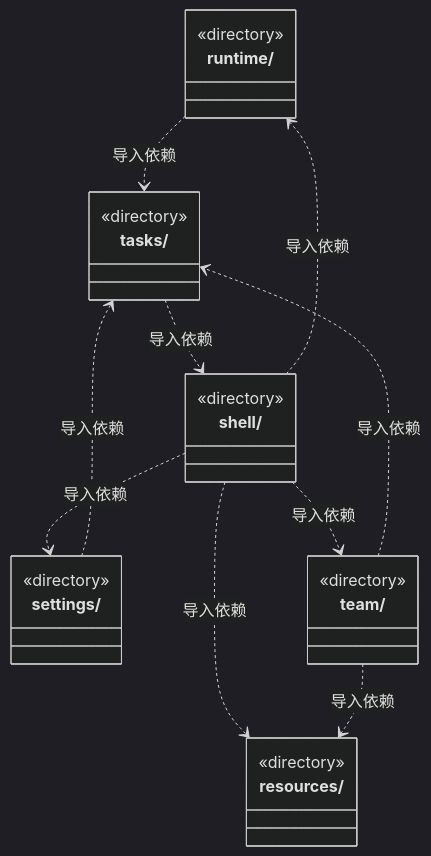
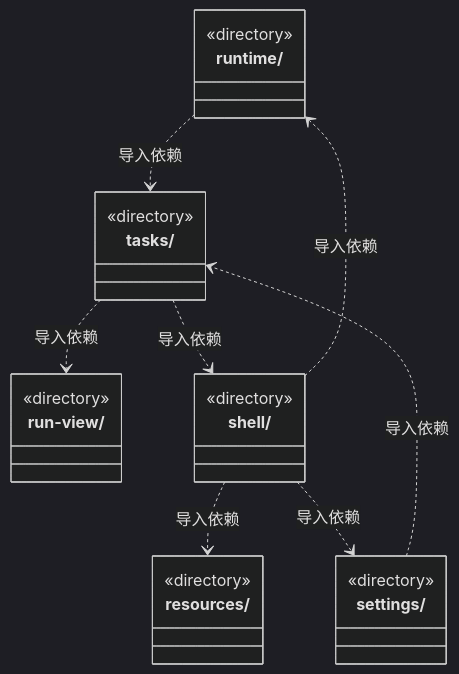
Before and after one commit to nan023062/cbim: the second of 3 diagrams in src/frontend/ARCHITECTURE.md, drawn with Mermaid (dark theme). The commit also changed other lines of this file and 356 other files, not shown here.

First line of the commit message:
chore: preserve architecture remediation before desktop 0.1.7 alignment

````diff
--- a/src/frontend/ARCHITECTURE.md
+++ b/src/frontend/ARCHITECTURE.md
@@ -41,30 +41,28 @@
 ```mermaid
 classDiagram
 class N_src_frontend_resources["resources/"] {
+  <<directory>>
+}
+class N_src_frontend_run_view["run-view/"] {
   <<directory>>
 }
 class N_src_frontend_runtime["runtime/"] {
   <<directory>>
 }
 class N_src_frontend_settings["settings/"] {
   <<directory>>
 }
 class N_src_frontend_shell["shell/"] {
   <<directory>>
 }
 class N_src_frontend_tasks["tasks/"] {
   <<directory>>
 }
-class N_src_frontend_team["team/"] {
-  <<directory>>
-}
 N_src_frontend_runtime ..> N_src_frontend_tasks : 导入依赖
 N_src_frontend_settings ..> N_src_frontend_tasks : 导入依赖
 N_src_frontend_shell ..> N_src_frontend_resources : 导入依赖
 N_src_frontend_shell ..> N_src_frontend_settings : 导入依赖
 N_src_frontend_shell ..> N_src_frontend_runtime : 导入依赖
-N_src_frontend_shell ..> N_src_frontend_team : 导入依赖
 N_src_frontend_tasks ..> N_src_frontend_shell : 导入依赖
-N_src_frontend_team ..> N_src_frontend_tasks : 导入依赖
-N_src_frontend_team ..> N_src_frontend_resources : 导入依赖
+N_src_frontend_tasks ..> N_src_frontend_run_view : 导入依赖
 ```
````
